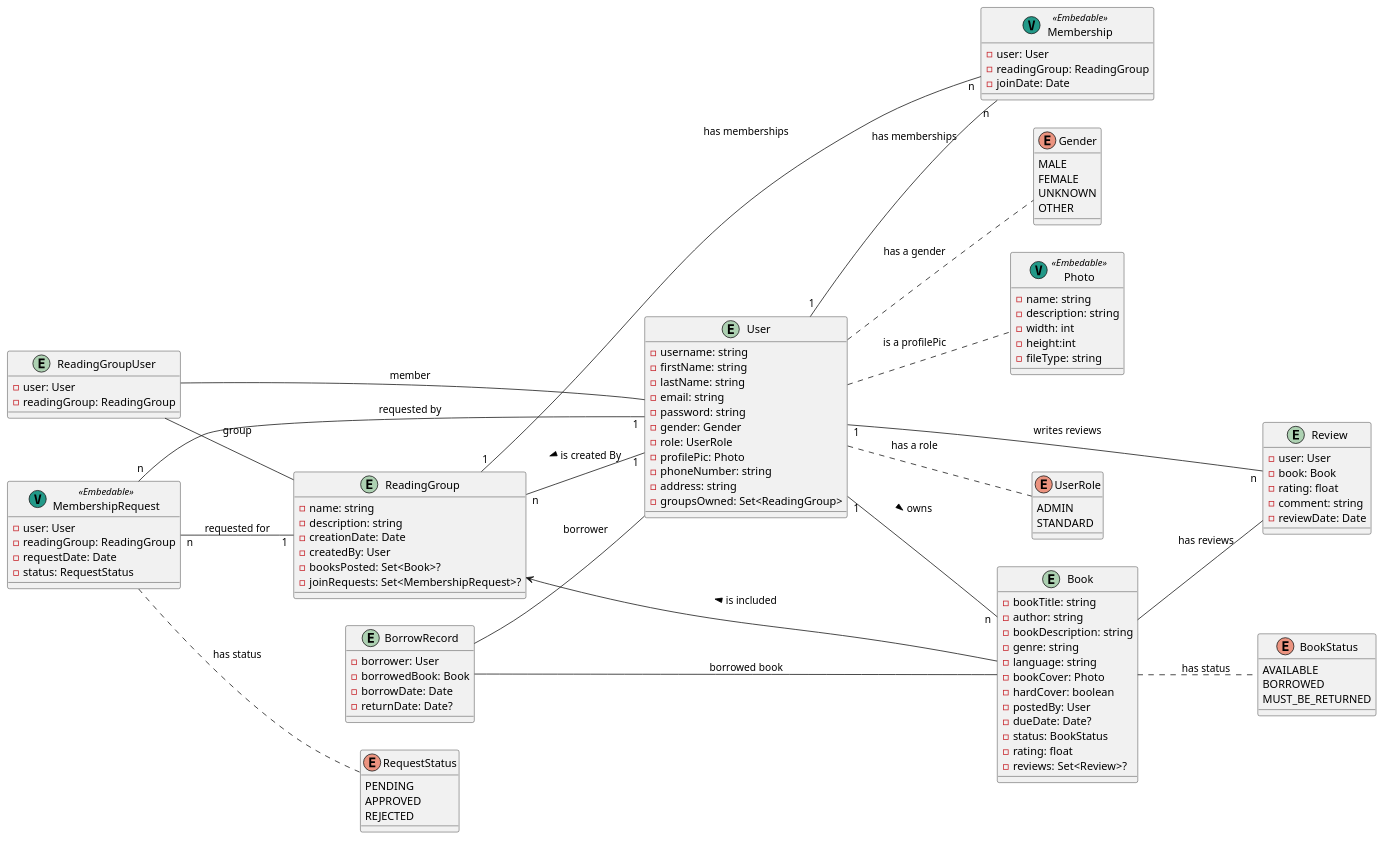
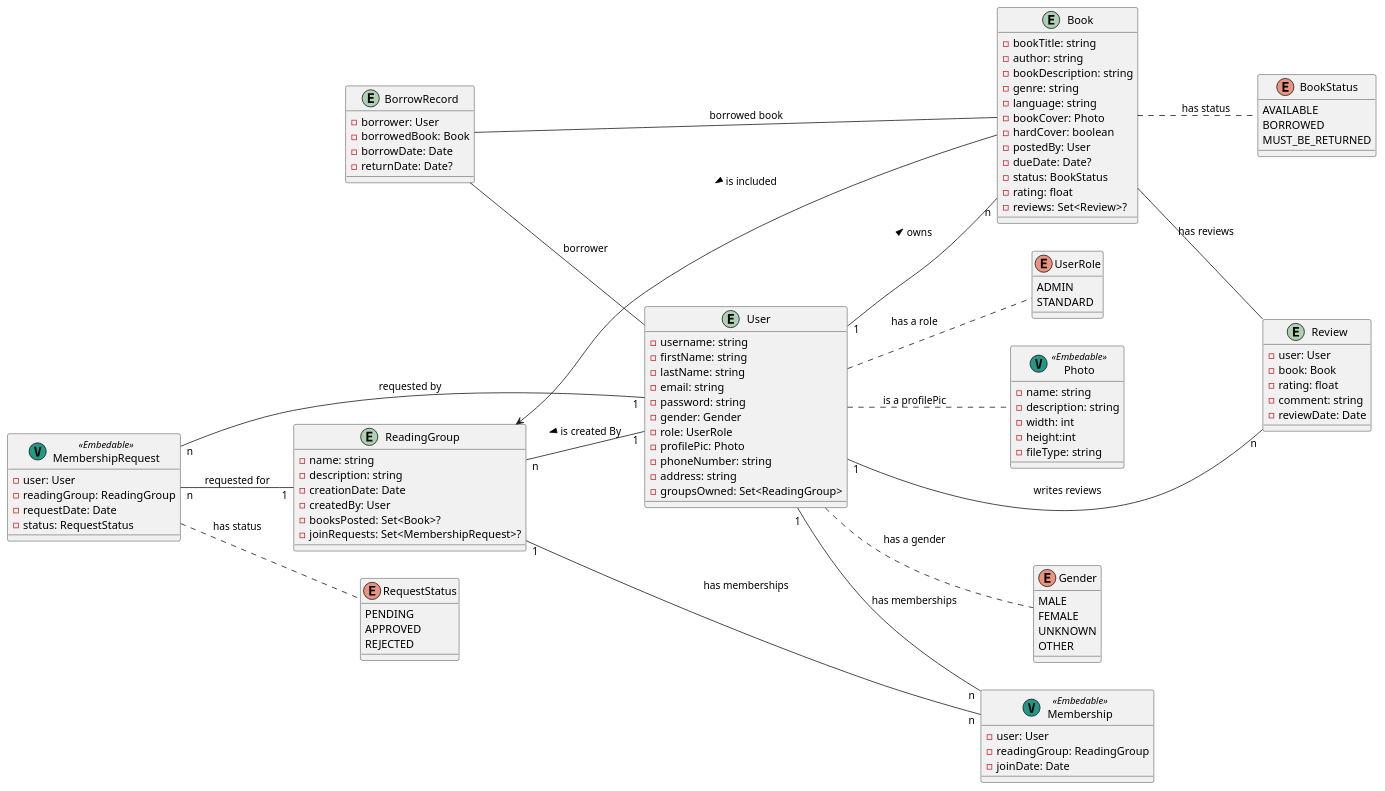
Before and after one commit to magdalinamihova/temp1: the diagram in src/main/plantuml/pos-project.puml, drawn with PlantUML. The commit also changed 6 other files, not shown here.

```diff
--- a/src/main/plantuml/pos-project.puml
+++ b/src/main/plantuml/pos-project.puml
@@ -1,132 +1,127 @@
 @startuml
 'TODO please format ref: https://htlspengergasse.sharepoint.com/sites/SJ2324_4EHIF/_layouts/15/stream.aspx?id=%2Fsites%2FSJ2324%5F4EHIF%2FFreigegebene%20Dokumente%2FPOS1%5FJava%2FRecordings%2FMeeting%20in%20%5FPOS1%5FJava%5F%2D20230927%5F080959%2DMeeting%20Recording%2Emp4
 left to right direction
 
 enum UserRole {
   ADMIN
   STANDARD
 }
 
 entity BorrowRecord {
   -borrower: User
   -borrowedBook: Book
   -borrowDate: Date
   -returnDate: Date?
 }
 
 entity Review {
   -user: User
   -book: Book
   -rating: float
   -comment: string
   -reviewDate: Date
 }
 
 enum RequestStatus {
   PENDING
   APPROVED
   REJECTED
 }
 
 entity Book {
   -bookTitle: string
   -author: string
   -bookDescription: string
   -genre: string
   -language: string
   -bookCover: Photo
   -hardCover: boolean
   -postedBy: User
   -dueDate: Date?
   -status: BookStatus
   -rating: float
   -reviews: Set<Review>?
 }
 
 entity User {
   -username: string
   -firstName: string
   -lastName: string
   -email: string
   -password: string
   -gender: Gender
   -role: UserRole
   -profilePic: Photo
   -phoneNumber: string
   -address: string
 '  -memberOf: Set<ReadingGroup>?
   -groupsOwned: Set<ReadingGroup>
 }
 
 entity ReadingGroup {
   -name: string
   -description: string
 '  -groupMembers: Set<User>
 '  -numOfMembers: int
   -creationDate: Date
   -createdBy: User
   -booksPosted: Set<Book>?
 '  -booksAvailable: Set<Book>? will be methods
 '  -booksBorrowed: Set<Book>?
   -joinRequests: Set<MembershipRequest>?
 }
 
-entity ReadingGroupUser{
-    -user: User
-    -readingGroup: ReadingGroup
-}
+
 
 class MembershipRequest << (V,#229988) Embedable>> {
   -user: User
   -readingGroup: ReadingGroup
   -requestDate: Date
   -status: RequestStatus
 }
 
 enum BookStatus {
   AVAILABLE
   BORROWED
   MUST_BE_RETURNED
 }
 
 enum Gender {
   MALE
   FEMALE
   UNKNOWN
   OTHER
 }
 
 class Membership << (V,#229988) Embedable>>{
   -user: User
   -readingGroup: ReadingGroup
   -joinDate: Date
 }
 
 class Photo << (V,#229988) Embedable>> {
   -name: string
   -description: string
   -width: int
   -height:int
   -fileType: string
 }
 
 User .. UserRole : has a role
 User .. Photo : is a profilePic
 User .. Gender : has a gender
 User "1" -- "n" Book : > owns
 ReadingGroup <-- Book : < is included
 ReadingGroup "n" -- "1" User : < is created By
 BorrowRecord -- User : borrower
 BorrowRecord -- Book : borrowed book
-ReadingGroupUser -- User : member
-ReadingGroupUser -- ReadingGroup : group
 Book -- Review : has reviews
 User "1" -- "n" Review : writes reviews
 User "1" -- "n" Membership : has memberships
 ReadingGroup "1" -- "n" Membership : has memberships
 MembershipRequest "n" -- "1" User : requested by
 MembershipRequest "n" -- "1" ReadingGroup : requested for
 Book .. BookStatus : has status
 MembershipRequest .. RequestStatus : has status
 
 @enduml
```
